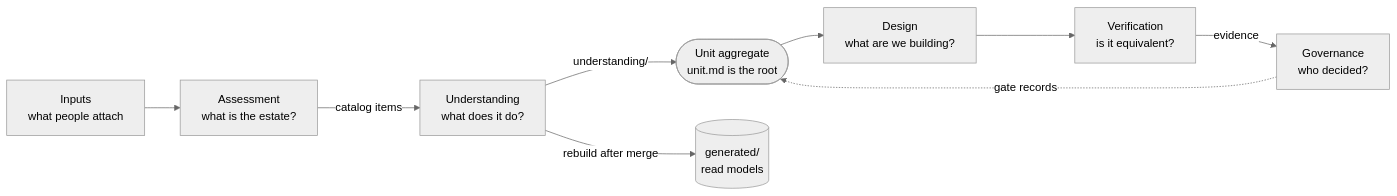
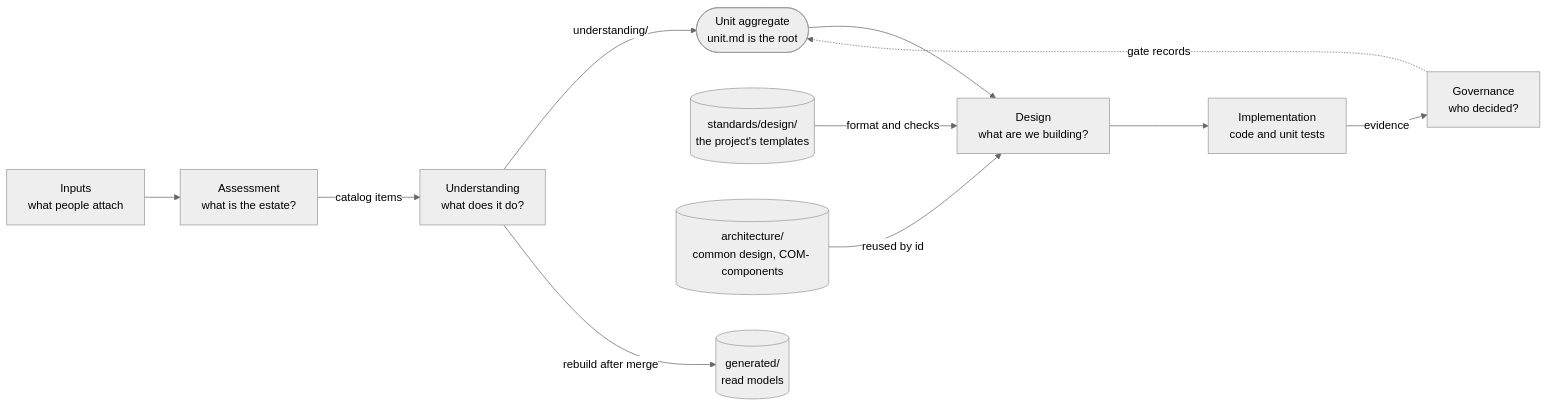
The diagram in docs/architecture/concepts/document-repo-contexts.md (evoelsewhere/kintsugi), drawn with Mermaid (neutral theme) before and after one commit. The commit also changed other lines of this file and 99 other files, not shown here.

````diff
--- a/docs/architecture/concepts/document-repo-contexts.md
+++ b/docs/architecture/concepts/document-repo-contexts.md
@@ -9,20 +9,24 @@
 ```mermaid
 flowchart LR
   inputs["Inputs<br/>what people attach"]
   assessment["Assessment<br/>what is the estate?"]
   understanding["Understanding<br/>what does it do?"]
   unit(["Unit aggregate<br/>unit.md is the root"])
+  templates[("standards/design/<br/>the project's templates")]
+  common[("architecture/<br/>common design, COM- components")]
   design["Design<br/>what are we building?"]
-  verification["Verification<br/>is it equivalent?"]
+  implementation["Implementation<br/>code and unit tests"]
   governance["Governance<br/>who decided?"]
   generated[("generated/<br/>read models")]
 
   inputs --> assessment
-  assessment -- "catalog items" --> understanding
-  understanding -- "understanding/" --> unit
+  assessment -->|"catalog items"| understanding
+  understanding -->|"understanding/"| unit
   unit --> design
-  design --> verification
-  verification -- "evidence" --> governance
-  understanding -- "rebuild after merge" --> generated
-  governance -. "gate records" .-> unit
+  templates -->|"format and checks"| design
+  common -->|"reused by id"| design
+  design --> implementation
+  implementation -->|"evidence"| governance
+  understanding -->|"rebuild after merge"| generated
+  governance -.->|"gate records"| unit
 ```
````
